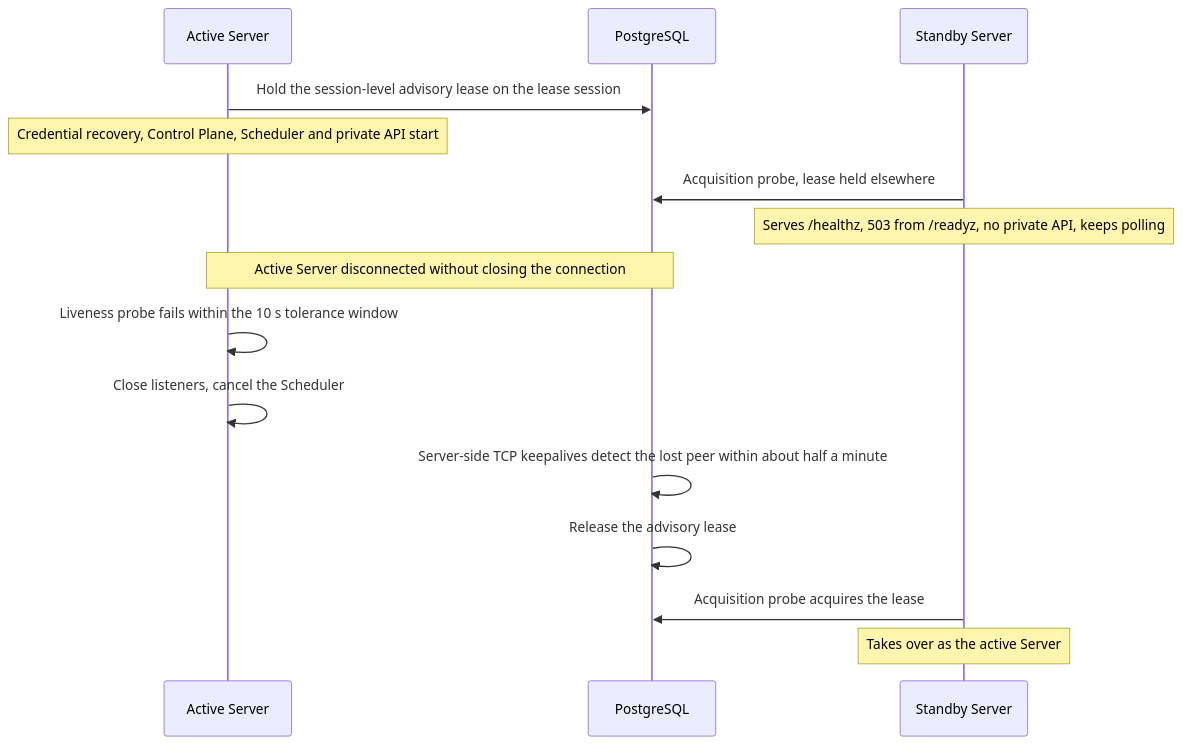
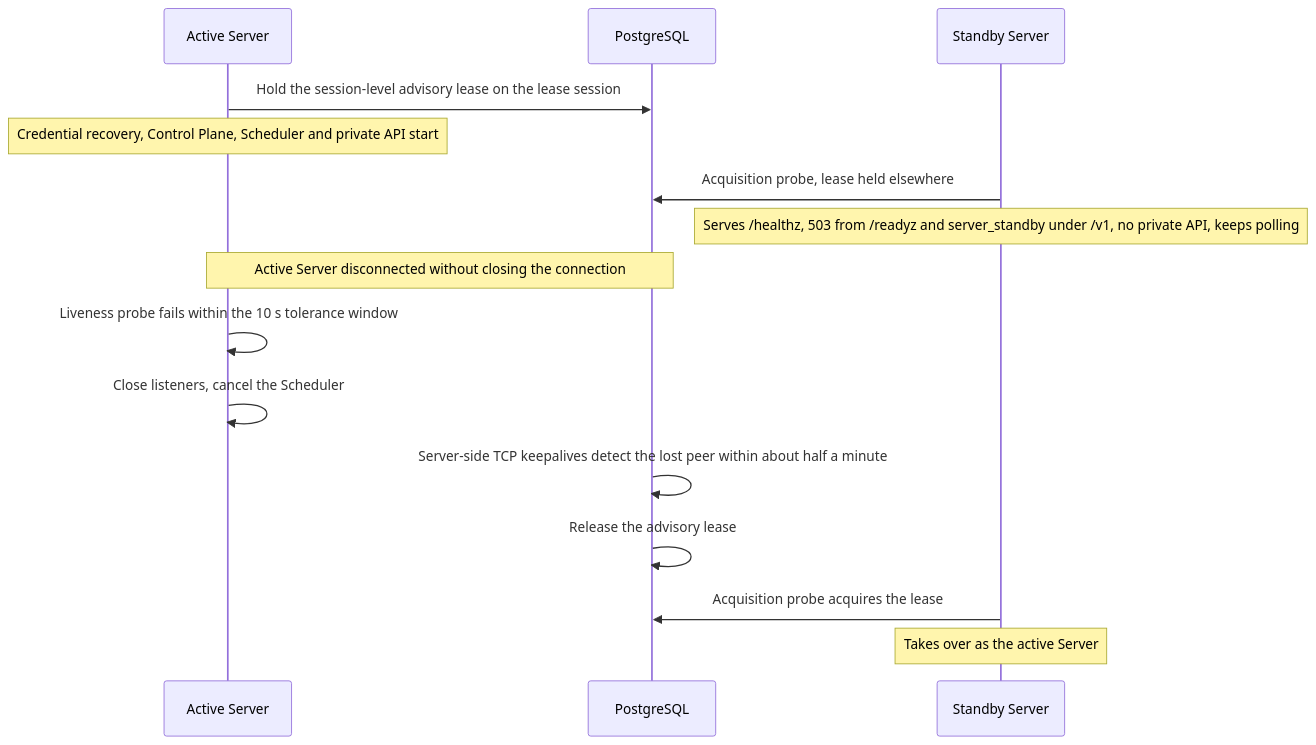
The second of 3 diagrams in docs/spec/platform/persistence.md (grauwolf32/contractor), drawn with Mermaid before and after one commit. The commit also changed other lines of this file and 12 other files, not shown here.

First line of the commit message:
fix(app): answer the public API on a standby Server with the error envelope

````diff
--- a/docs/spec/platform/persistence.md
+++ b/docs/spec/platform/persistence.md
@@ -78,17 +78,17 @@
 ```mermaid
 sequenceDiagram
     participant A as Active Server
     participant DB as PostgreSQL
     participant B as Standby Server
     A->>DB: Hold the session-level advisory lease on the lease session
     Note over A: Credential recovery, Control Plane, Scheduler and private API start
     B->>DB: Acquisition probe, lease held elsewhere
-    Note over B: Serves /healthz, 503 from /readyz, no private API, keeps polling
+    Note over B: Serves /healthz, 503 from /readyz and server_standby under /v1, no private API, keeps polling
     Note over A,DB: Active Server disconnected without closing the connection
     A->>A: Liveness probe fails within the 10 s tolerance window
     A->>A: Close listeners, cancel the Scheduler
     DB->>DB: Server-side TCP keepalives detect the lost peer within about half a minute
     DB->>DB: Release the advisory lease
     B->>DB: Acquisition probe acquires the lease
     Note over B: Takes over as the active Server
 ```
````
